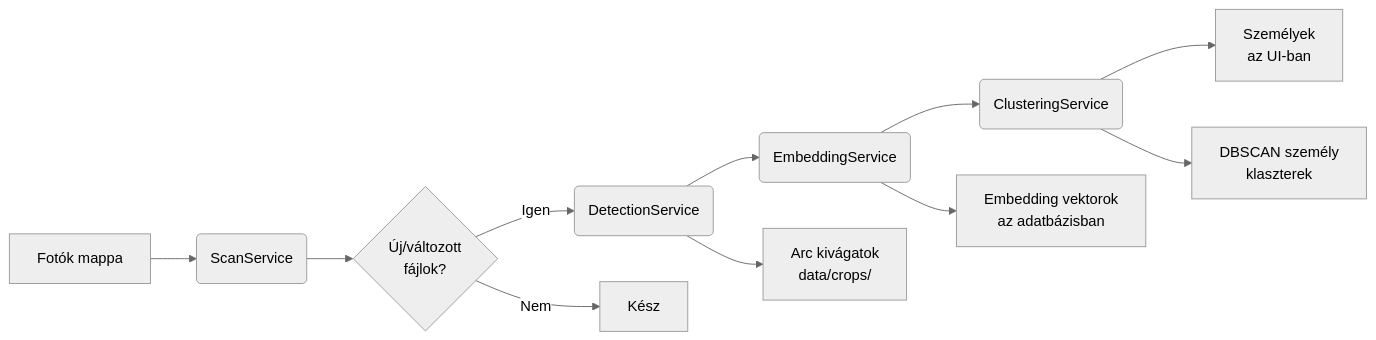
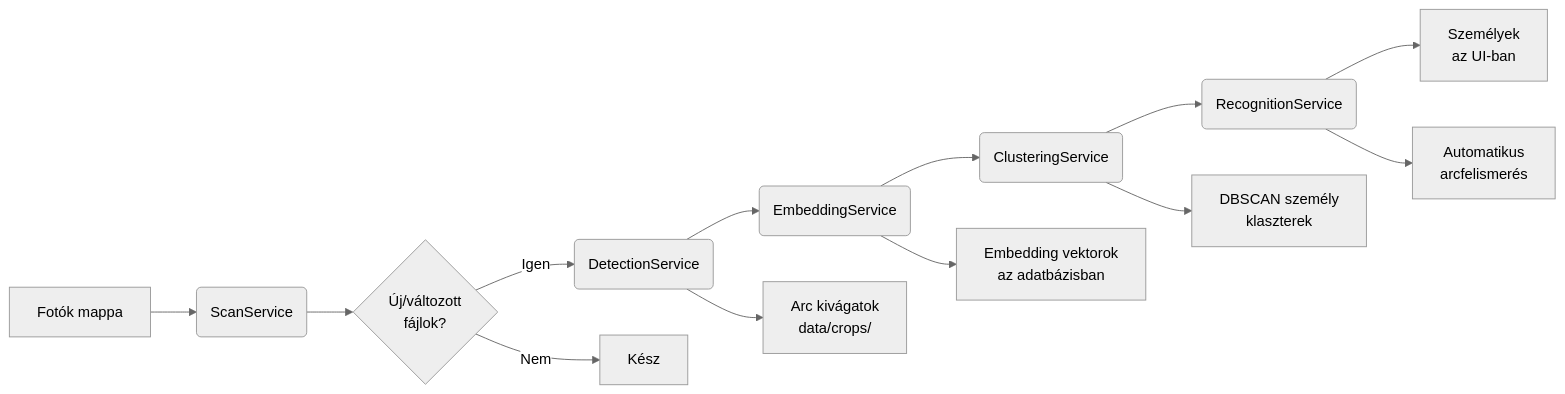
Before and after one commit to BenKoncsik/local_ai_face_recognizer: the second of 5 diagrams in docs/blueprint.md, drawn with Mermaid (neutral theme). The commit also changed other lines of this file, not shown here.

````diff
--- a/docs/blueprint.md
+++ b/docs/blueprint.md
@@ -101,13 +102,15 @@
 ```mermaid
 flowchart LR
     A[Fotók mappa] --> B(ScanService)
     B --> C{Új/változott<br/>fájlok?}
     C -->|Igen| D(DetectionService)
     C -->|Nem| E[Kész]
     D --> F(EmbeddingService)
     F --> G(ClusteringService)
-    G --> H[Személyek<br/>az UI-ban]
+    G --> R(RecognitionService)
+    R --> H[Személyek<br/>az UI-ban]
     D --> I[Arc kivágatok<br/>data/crops/]
     F --> J[Embedding vektorok<br/>az adatbázisban]
     G --> K[DBSCAN személy<br/>klaszterek]
+    R --> L[Automatikus<br/>arcfelismerés]
 ```
````
